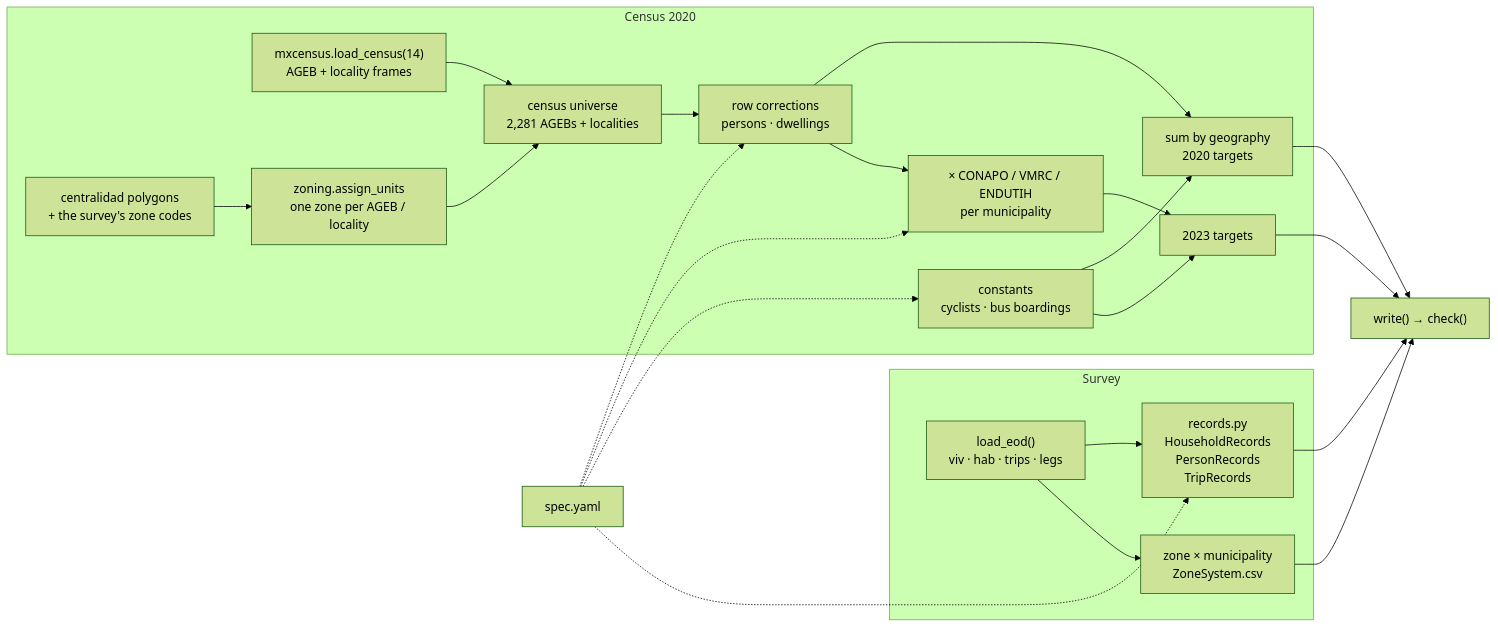
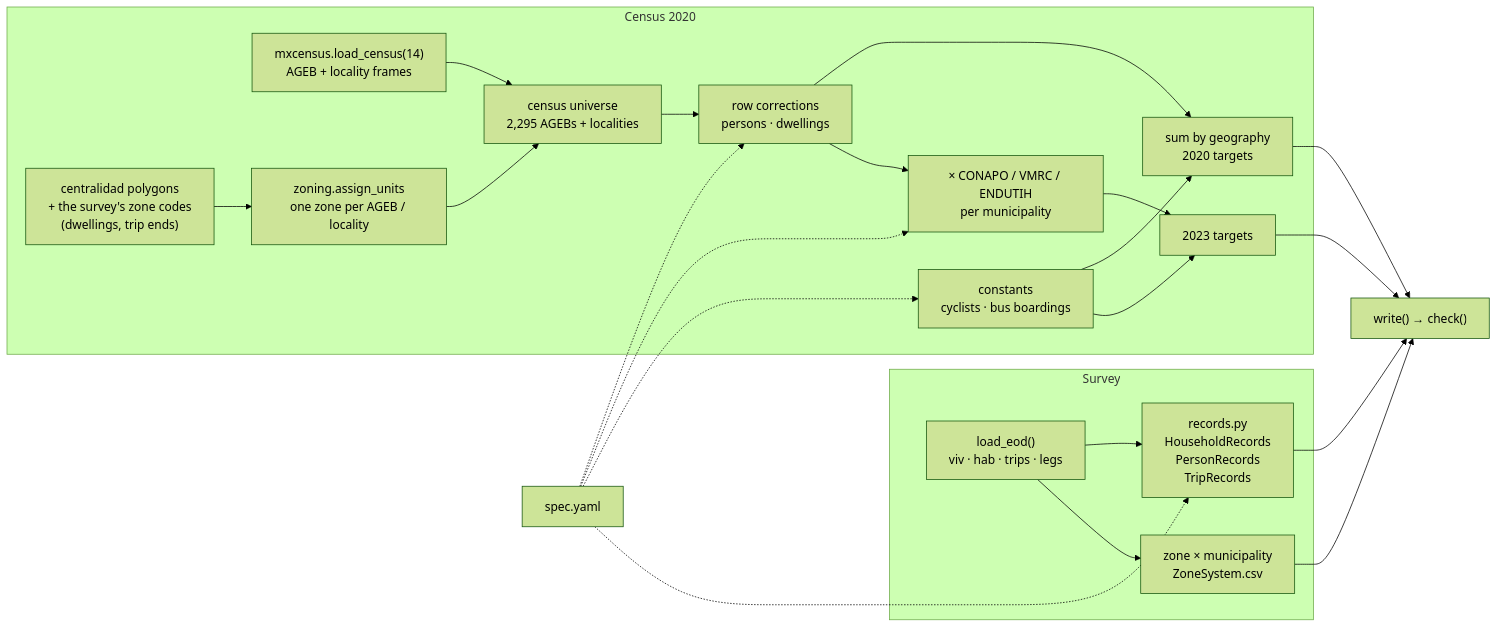
One commit to CentroFuturoCiudades/eodgdl changed the diagram in reports/reweight_inputs.qmd. Above: the diagram before and after it, drawn with Mermaid (forest theme). The commit also changed other lines of this file and 10 other files, not shown here.

First line of the commit message:
Zone system: every AGEB the survey records sits in the zone it coded

````diff
--- a/reports/reweight_inputs.qmd
+++ b/reports/reweight_inputs.qmd
@@ -157,19 +157,19 @@
 ```{mermaid}
 %%| label: fig-flow
 %%| fig-cap: "The build. Survey tables become records (left); census rows become targets (right). The spec is the only place any definition lives."
 flowchart LR
   subgraph survey [Survey]
     A["load_eod()<br/>viv · hab · trips · legs"] --> R["records.py<br/>HouseholdRecords<br/>PersonRecords<br/>TripRecords"]
     A --> Z["zone × municipality<br/>ZoneSystem.csv"]
   end
   subgraph census [Census 2020]
-    C["mxcensus.load_census(14)<br/>AGEB + locality frames"] --> U["census universe<br/>2,281 AGEBs + localities"]
-    X["centralidad polygons<br/>+ the survey's zone codes"] --> Z2["zoning.assign_units<br/>one zone per AGEB / locality"] --> U
+    C["mxcensus.load_census(14)<br/>AGEB + locality frames"] --> U["census universe<br/>2,295 AGEBs + localities"]
+    X["centralidad polygons<br/>+ the survey's zone codes<br/>(dwellings, trip ends)"] --> Z2["zoning.assign_units<br/>one zone per AGEB / locality"] --> U
     U --> S["row corrections<br/>persons · dwellings"]
     S --> T20["sum by geography<br/>2020 targets"]
     S --> G["× CONAPO / VMRC / ENDUTIH<br/>per municipality"] --> T23["2023 targets"]
     K["constants<br/>cyclists · bus boardings"] --> T20 & T23
   end
   Y["spec.yaml"] -.-> R & S & G & K
   R & Z & T20 & T23 --> W["write() → check()"]
 ```
````
